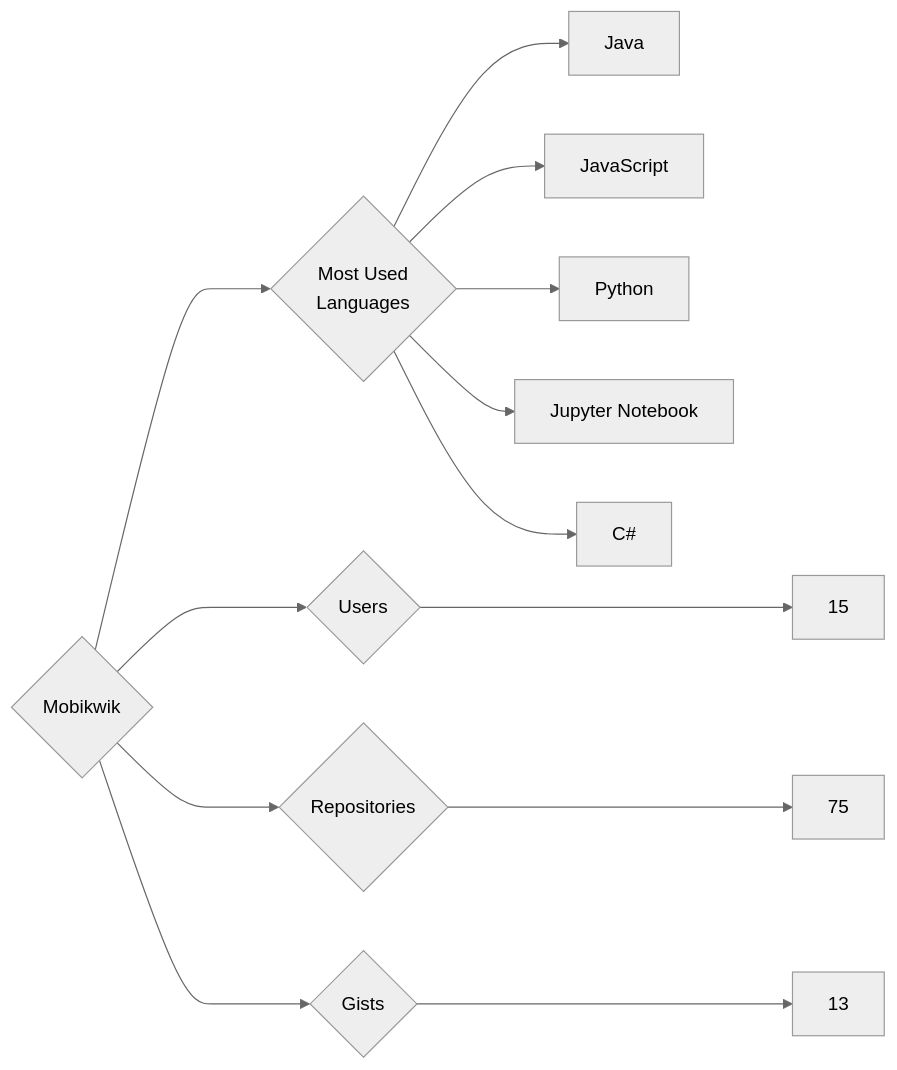
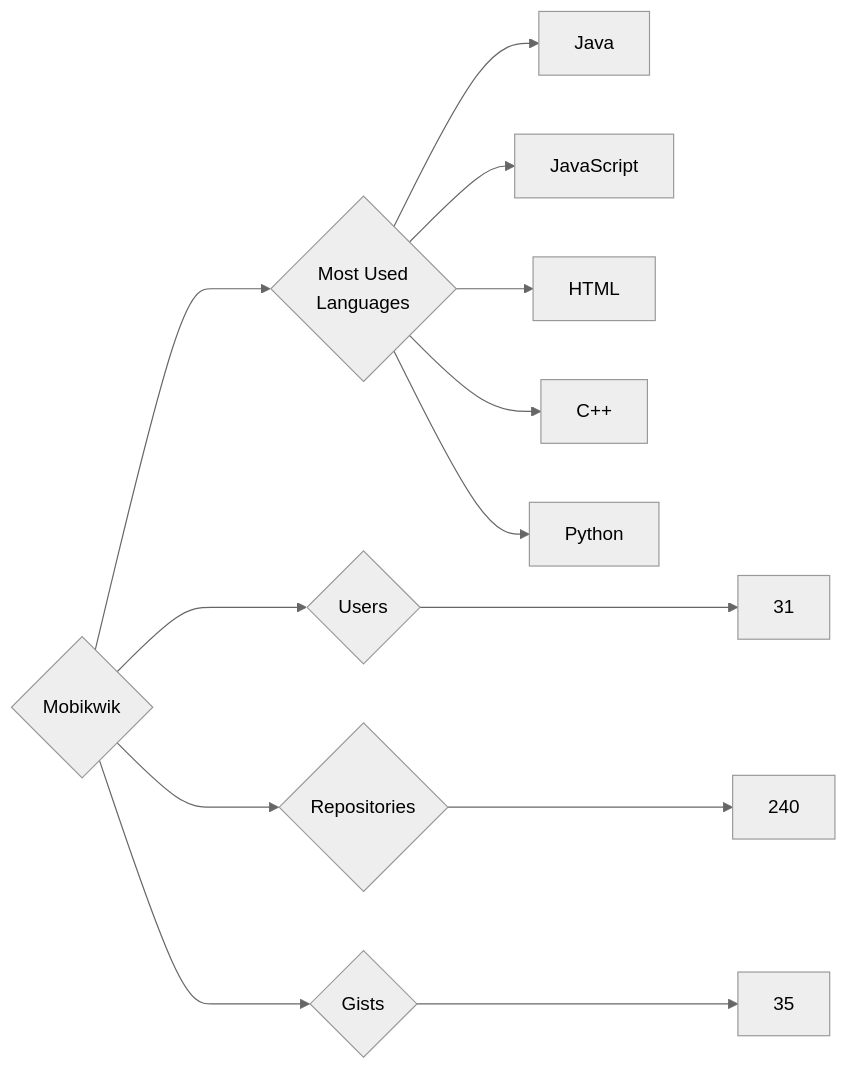
One commit to trickest/insiders changed the diagram in targets/Mobikwik/README.md. Above: the diagram before and after it, drawn with Mermaid (neutral theme). The commit also changed 796 other files, not shown here.

````diff
--- a/targets/Mobikwik/README.md
+++ b/targets/Mobikwik/README.md
@@ -3,13 +3,13 @@
 ```mermaid
 graph LR
 COMPANY_NAME{Mobikwik}
-COMPANY_NAME ---> U{Users} ---> UN[15]
-COMPANY_NAME ---> R{Repositories} ---> RN[75]
-COMPANY_NAME ---> G{Gists} ---> GN[13]
+COMPANY_NAME ---> U{Users} ---> UN[31]
+COMPANY_NAME ---> R{Repositories} ---> RN[240]
+COMPANY_NAME ---> G{Gists} ---> GN[35]
 COMPANY_NAME ---> ML{Most Used<br>Languages}
 ML --> Java[Java]
 ML --> JavaScript[JavaScript]
+ML --> HTML[HTML]
+ML --> C++[C++]
 ML --> Python[Python]
-ML --> Jupyter_Notebook[Jupyter Notebook]
-ML --> C#[C#]
 ```
````
